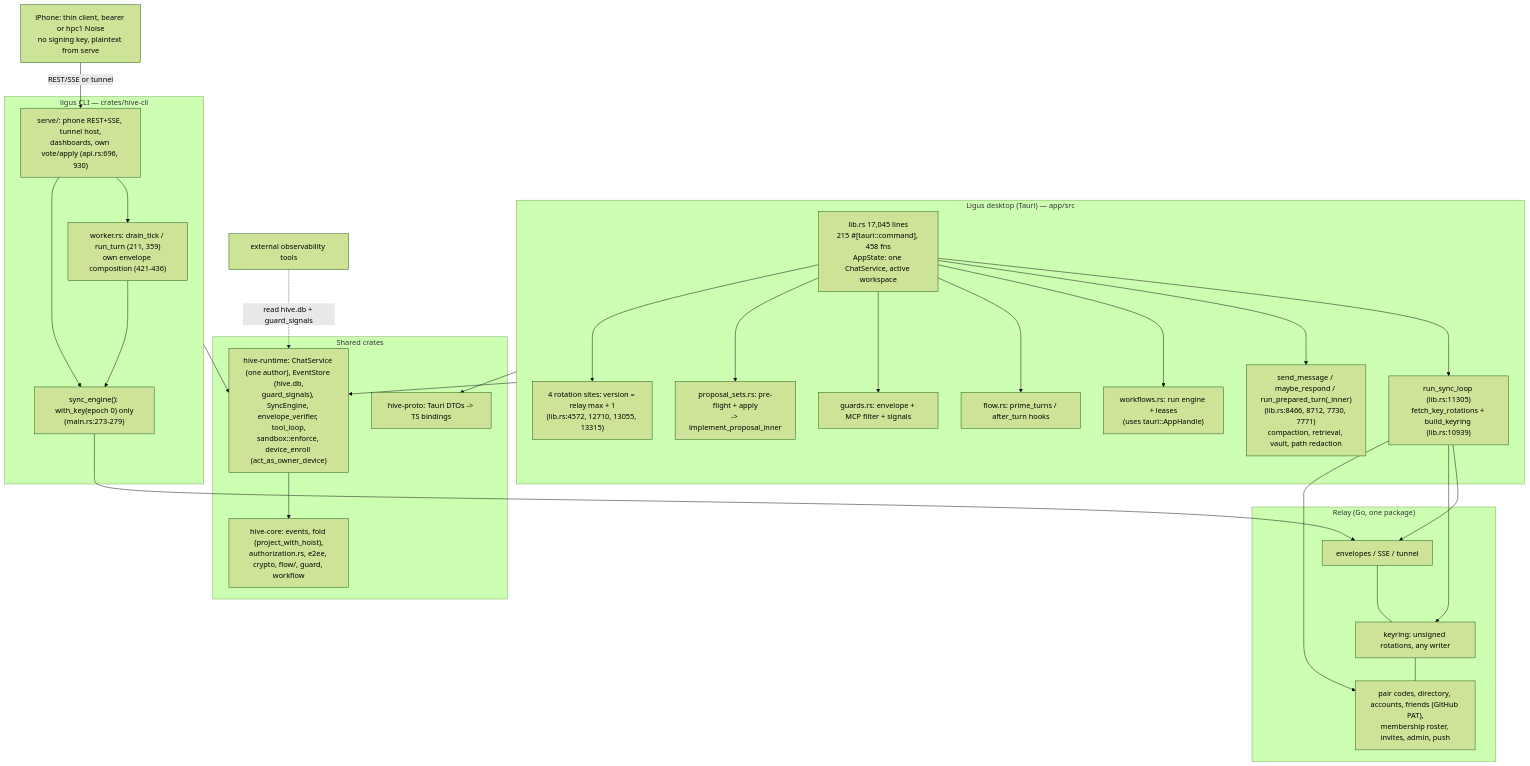
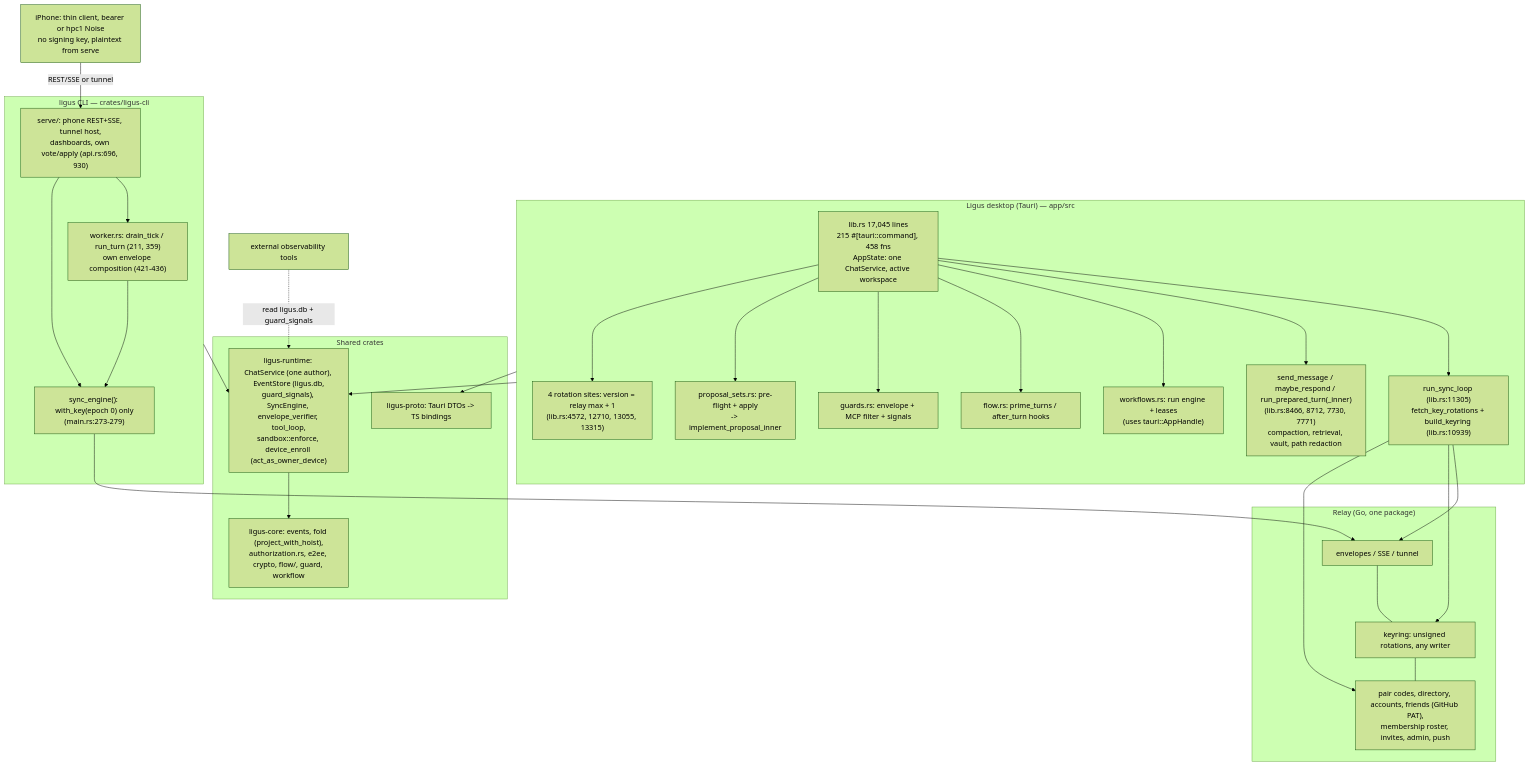
The first of 4 diagrams in docs/design/v2/architecture-review.md (langstroth-ai/ligus), drawn with Mermaid (forest theme) before and after one commit. The commit also changed other lines of this file and 1028 other files, not shown here.

Commit message:
chore: rename hive to ligus (output of scripts/rename-to-ligus.py)

````diff
--- a/docs/design/v2/architecture-review.md
+++ b/docs/design/v2/architecture-review.md
@@ -64,42 +64,42 @@
 ```mermaid
 flowchart TB
   subgraph Desktop["Ligus desktop (Tauri) — app/src"]
     LIB["lib.rs 17,045 lines\n215 #[tauri::command], 458 fns\nAppState: one ChatService, active workspace"]
     SYNCD["run_sync_loop (lib.rs:11305)\nfetch_key_rotations + build_keyring (lib.rs:10939)"]
     TURND["send_message / maybe_respond / run_prepared_turn(_inner)\n(lib.rs:8466, 8712, 7730, 7771)\ncompaction, retrieval, vault, path redaction"]
     WF["workflows.rs: run engine + leases\n(uses tauri::AppHandle)"]
     FLOW["flow.rs: prime_turns / after_turn hooks"]
     GUARDS["guards.rs: envelope + MCP filter + signals"]
     PSET["proposal_sets.rs: pre-flight + apply\n-> implement_proposal_inner"]
     ROT["4 rotation sites: version = relay max + 1\n(lib.rs:4572, 12710, 13055, 13315)"]
     LIB --> SYNCD & TURND & WF & FLOW & GUARDS & PSET & ROT
   end
-  subgraph CLI["ligus CLI — crates/hive-cli"]
+  subgraph CLI["ligus CLI — crates/ligus-cli"]
     SERVE["serve/: phone REST+SSE, tunnel host,\ndashboards, own vote/apply (api.rs:696, 930)"]
     WORKER["worker.rs: drain_tick / run_turn (211, 359)\nown envelope composition (421-436)"]
     SYNCC["sync_engine(): with_key(epoch 0) only\n(main.rs:273-279)"]
     SERVE --> WORKER
     SERVE --> SYNCC
     WORKER --> SYNCC
   end
   subgraph Shared["Shared crates"]
-    CORE["hive-core: events, fold (project_with_hoist),\nauthorization.rs, e2ee, crypto, flow/, guard, workflow"]
-    RT["hive-runtime: ChatService (one author), EventStore (hive.db,\nguard_signals), SyncEngine, envelope_verifier, tool_loop,\nsandbox::enforce, device_enroll (act_as_owner_device)"]
-    PROTO["hive-proto: Tauri DTOs -> TS bindings"]
+    CORE["ligus-core: events, fold (project_with_hoist),\nauthorization.rs, e2ee, crypto, flow/, guard, workflow"]
+    RT["ligus-runtime: ChatService (one author), EventStore (ligus.db,\nguard_signals), SyncEngine, envelope_verifier, tool_loop,\nsandbox::enforce, device_enroll (act_as_owner_device)"]
+    PROTO["ligus-proto: Tauri DTOs -> TS bindings"]
   end
   Desktop --> RT
   CLI --> RT
   RT --> CORE
   Desktop --> PROTO
   subgraph Relay["Relay (Go, one package)"]
     TX["envelopes / SSE / tunnel"]
     KR["keyring: unsigned rotations, any writer"]
     FEAT["pair codes, directory, accounts, friends (GitHub PAT),\nmembership roster, invites, admin, push"]
     TX --- KR --- FEAT
   end
   SYNCD --> TX & KR
   SYNCD --> FEAT
   SYNCC --> TX
   Phone["iPhone: thin client, bearer or hpc1 Noise\nno signing key, plaintext from serve"] -->|REST/SSE or tunnel| SERVE
-  Ext["external observability tools"] -.->|read hive.db + guard_signals| RT
+  Ext["external observability tools"] -.->|read ligus.db + guard_signals| RT
 ```
````
